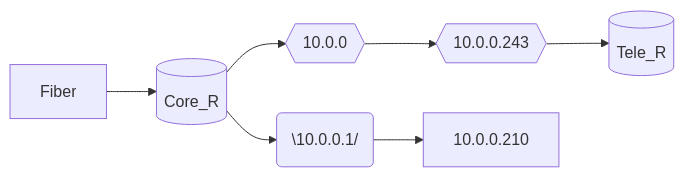
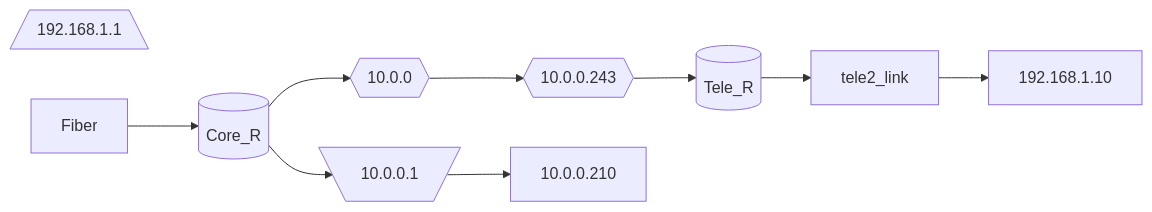
The second of 2 diagrams in Topology.md (notkasim/DOCS), drawn with Mermaid before and after one commit.

````diff
--- a/Topology.md
+++ b/Topology.md
@@ -18,21 +18,24 @@
 ```mermaid
 graph LR;
     core[(Core_R)]
     tele2[(Tele_R)]
     core_link{{10.0.0}}
     tele_link{{10.0.0.243}}
-    core_gw(\10.0.0.1/)
+    core_gw[\10.0.0.1/]
+    tele_gw[/192.168.1.1\]
 
     
     Fiber-->core
-    core-->core_gw-->10.0.0.210
     core-->core_link
     core_link-->tele_link
     tele_link-->tele2
+
+    core-->core_gw-->10.0.0.210
+    tele2-->tele2_link-->192.168.1.10
 
 
 
 
 
 
 ```
````
